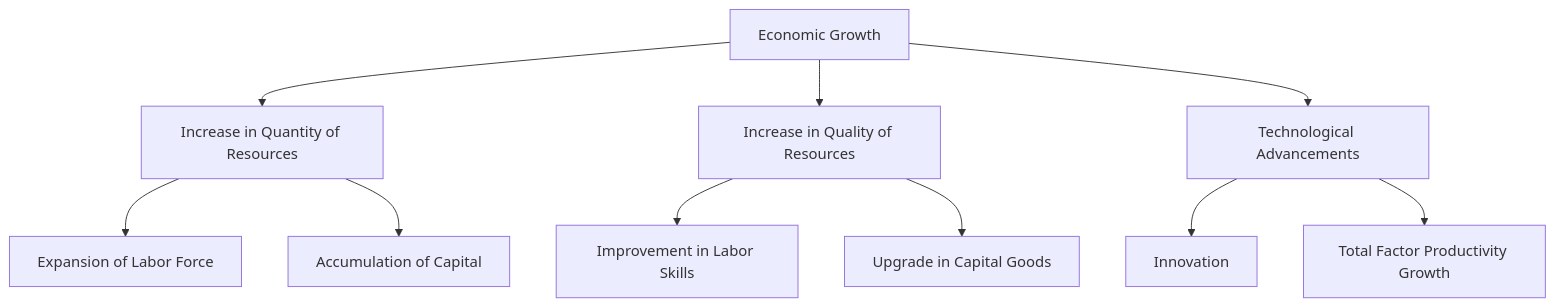
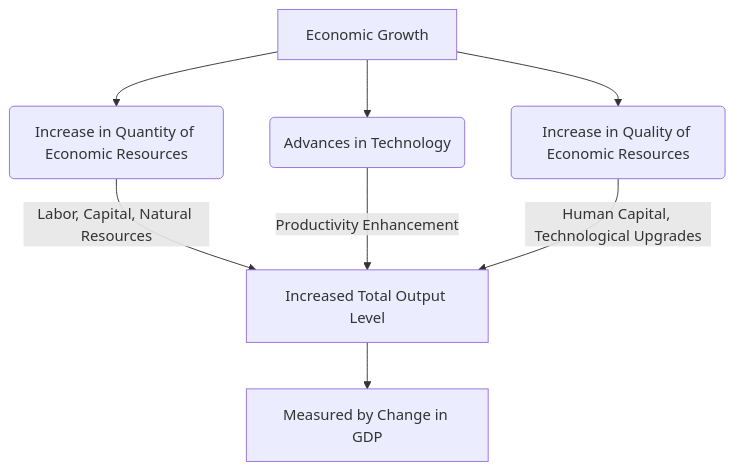
The diagram in Obsidian_Vault/2-Academic/Winter 2026/Economics/1_Basics_Of_Economics/Economic_Growth.md (DagimAlemayehuu/Ater), drawn with Mermaid before and after one commit. The commit also changed other lines of this file and 71 other files, not shown here.

````diff
--- a/Obsidian_Vault/2-Academic/Winter 2026/Economics/1_Basics_Of_Economics/Economic_Growth.md
+++ b/Obsidian_Vault/2-Academic/Winter 2026/Economics/1_Basics_Of_Economics/Economic_Growth.md
@@ -50,14 +46,12 @@
 ```mermaid
 
 graph TD
-    A[Economic Growth] --> B1[Increase in Quantity of Resources]
-    A --> B2[Increase in Quality of Resources]
-    A --> C[Technological Advancements]
-    B1 --> D[Expansion of Labor Force]
-    B1 --> E[Accumulation of Capital]
-    B2 --> F[Improvement in Labor Skills]
-    B2 --> G[Upgrade in Capital Goods]
-    C --> H[Innovation]
-    C --> I[Total Factor Productivity Growth]
+    A[Economic Growth] --> B1(Increase in Quantity of Economic Resources)
+    A --> B2(Advances in Technology)
+    A --> B3(Increase in Quality of Economic Resources)
+    B1 -->|Labor, Capital, Natural Resources| C[Increased Total Output Level]
+    B2 -->|Productivity Enhancement| C
+    B3 -->|Human Capital, Technological Upgrades| C
+    C --> D[Measured by Change in GDP]
 
 ```
````
